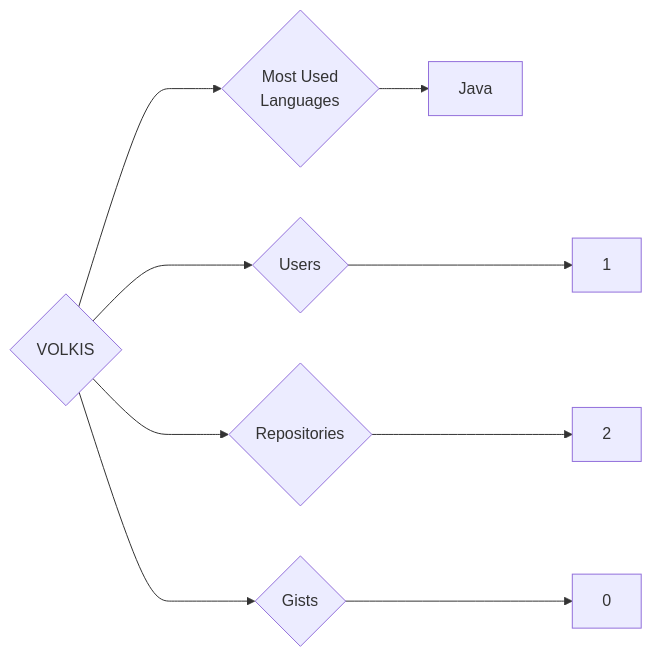
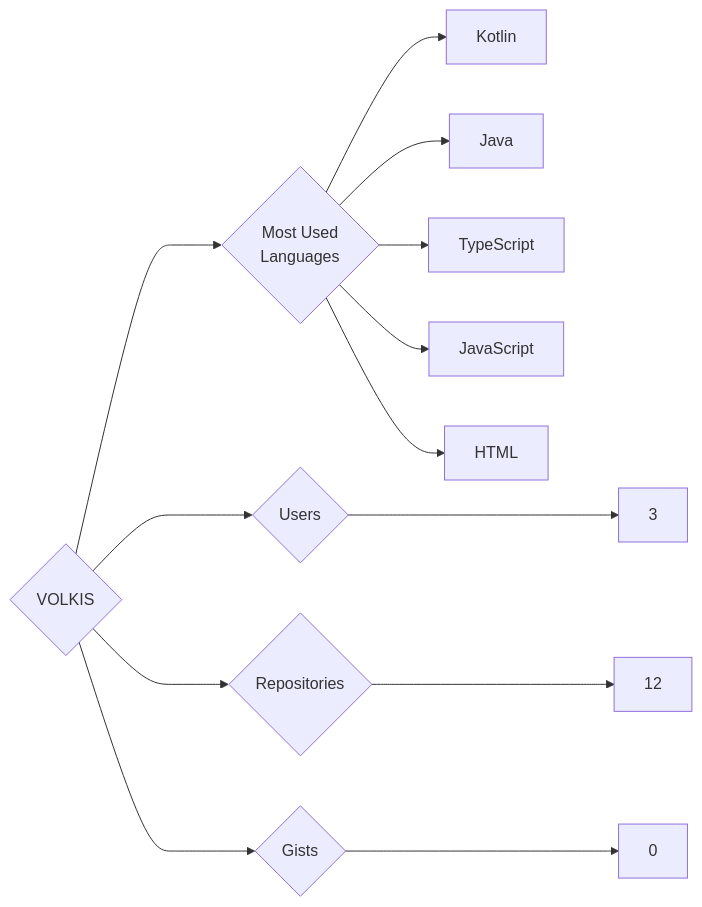
One commit to trickest/insiders changed the diagram in targets/VOLKIS/README.md. Above: the diagram before and after it, drawn with Mermaid. The commit also changed 912 other files, not shown here.

````diff
--- a/targets/VOLKIS/README.md
+++ b/targets/VOLKIS/README.md
@@ -3,9 +3,13 @@
 ```mermaid
 graph LR
 COMPANY_NAME{VOLKIS}
-COMPANY_NAME ---> U{Users} ---> UN[1]
-COMPANY_NAME ---> R{Repositories} ---> RN[2]
+COMPANY_NAME ---> U{Users} ---> UN[3]
+COMPANY_NAME ---> R{Repositories} ---> RN[12]
 COMPANY_NAME ---> G{Gists} ---> GN[0]
 COMPANY_NAME ---> ML{Most Used<br>Languages}
+ML --> Kotlin[Kotlin]
 ML --> Java[Java]
+ML --> TypeScript[TypeScript]
+ML --> JavaScript[JavaScript]
+ML --> HTML[HTML]
 ```
````
